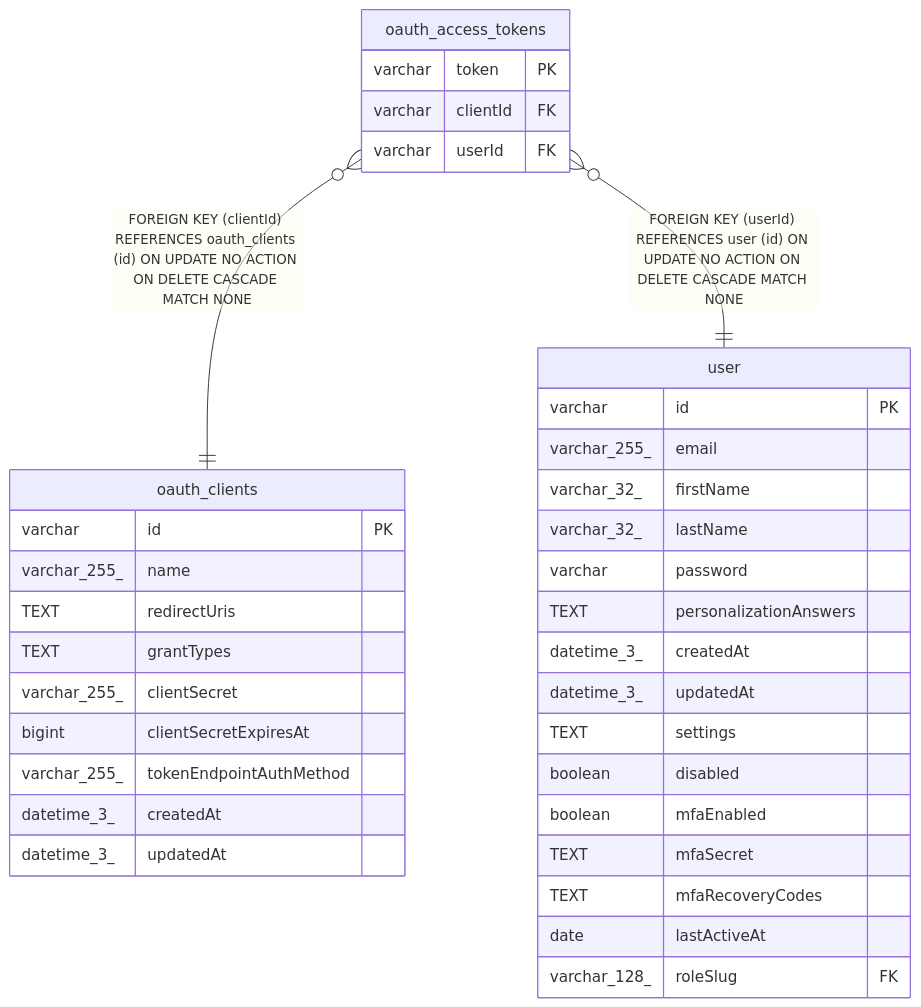
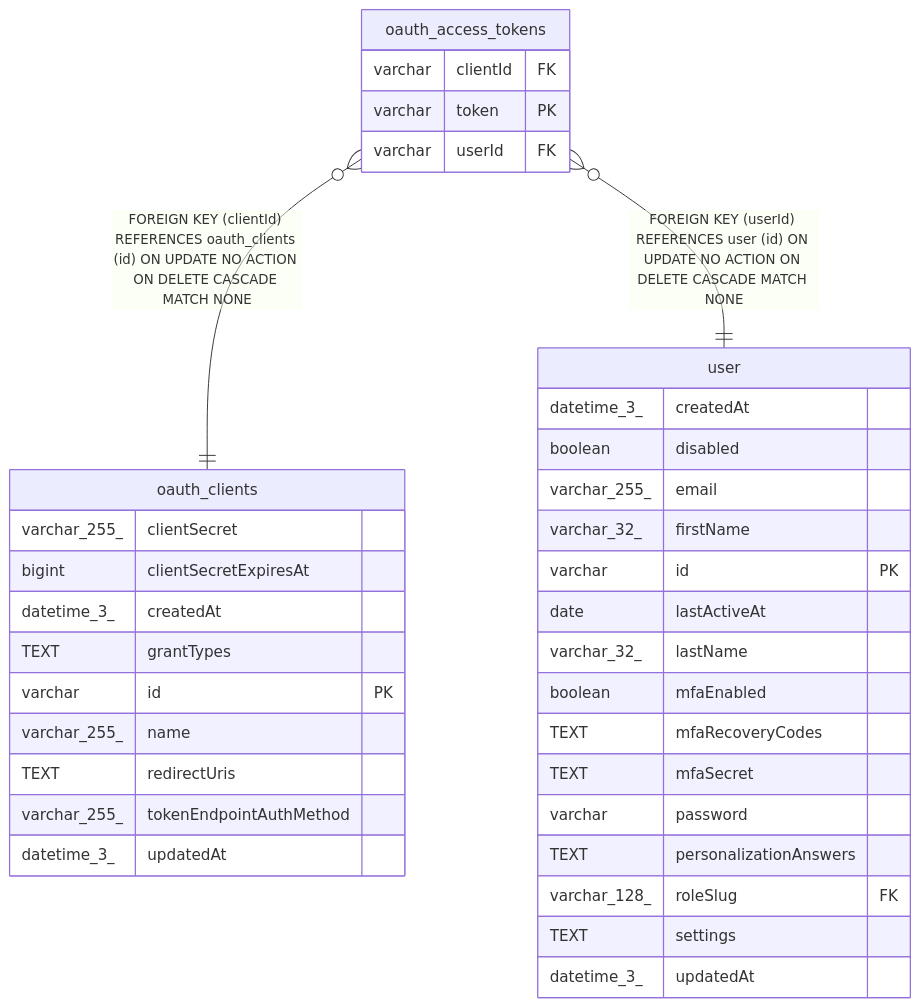
The diagram in docs/generated/sqlite-schema/oauth_access_tokens.md (mayankjain1815-commits/n8n), drawn with Mermaid before and after one commit. The commit also changed other lines of this file and 221 other files, not shown here.

Commit message:
chore(core): Make DB schema docs generation deterministic (#32373)

````diff
--- a/docs/generated/sqlite-schema/oauth_access_tokens.md
+++ b/docs/generated/sqlite-schema/oauth_access_tokens.md
@@ -39,40 +39,40 @@
 ```mermaid
 erDiagram
 
 "oauth_access_tokens" }o--|| "oauth_clients" : "FOREIGN KEY (clientId) REFERENCES oauth_clients (id) ON UPDATE NO ACTION ON DELETE CASCADE MATCH NONE"
 "oauth_access_tokens" }o--|| "user" : "FOREIGN KEY (userId) REFERENCES user (id) ON UPDATE NO ACTION ON DELETE CASCADE MATCH NONE"
 
 "oauth_access_tokens" {
+  varchar clientId FK
   varchar token PK
-  varchar clientId FK
   varchar userId FK
 }
 "oauth_clients" {
+  varchar_255_ clientSecret
+  bigint clientSecretExpiresAt
+  datetime_3_ createdAt
+  TEXT grantTypes
   varchar id PK
   varchar_255_ name
   TEXT redirectUris
-  TEXT grantTypes
-  varchar_255_ clientSecret
-  bigint clientSecretExpiresAt
   varchar_255_ tokenEndpointAuthMethod
-  datetime_3_ createdAt
   datetime_3_ updatedAt
 }
 "user" {
-  varchar id PK
+  datetime_3_ createdAt
+  boolean disabled
   varchar_255_ email
   varchar_32_ firstName
+  varchar id PK
+  date lastActiveAt
   varchar_32_ lastName
+  boolean mfaEnabled
+  TEXT mfaRecoveryCodes
+  TEXT mfaSecret
   varchar password
   TEXT personalizationAnswers
-  datetime_3_ createdAt
+  varchar_128_ roleSlug FK
+  TEXT settings
   datetime_3_ updatedAt
-  TEXT settings
-  boolean disabled
-  boolean mfaEnabled
-  TEXT mfaSecret
-  TEXT mfaRecoveryCodes
-  date lastActiveAt
-  varchar_128_ roleSlug FK
 }
 ```
````
